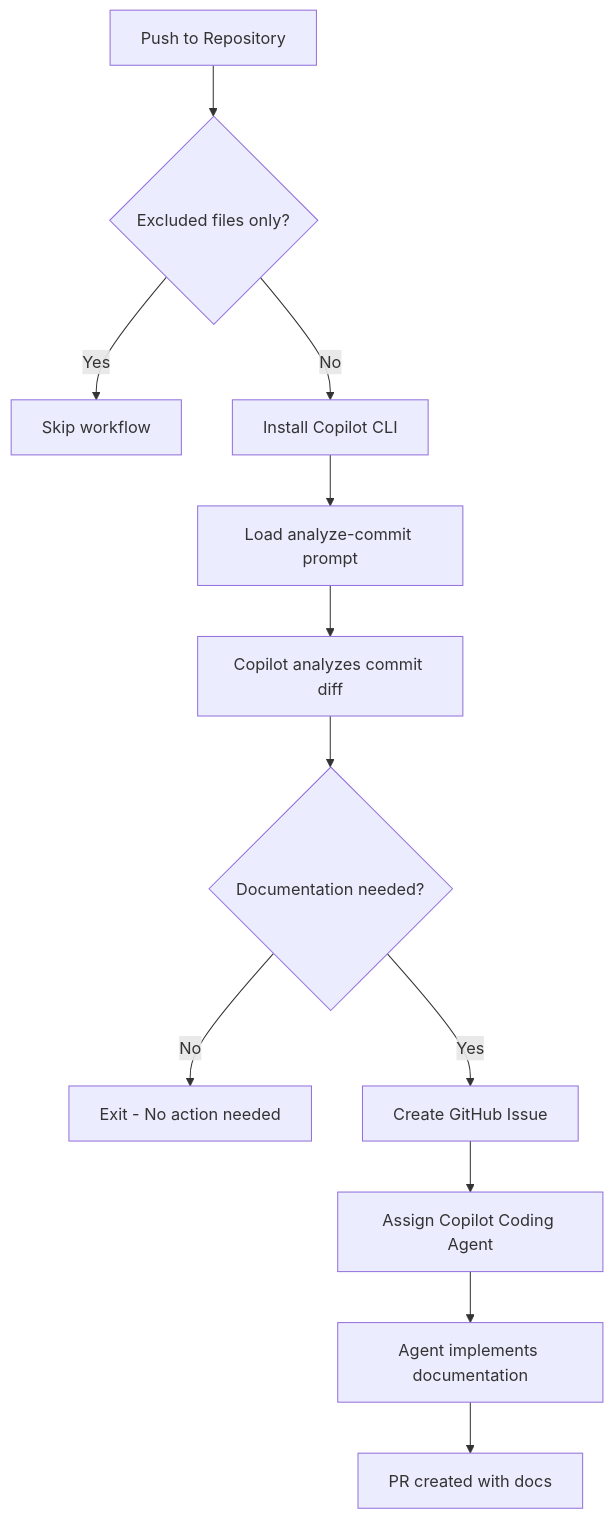
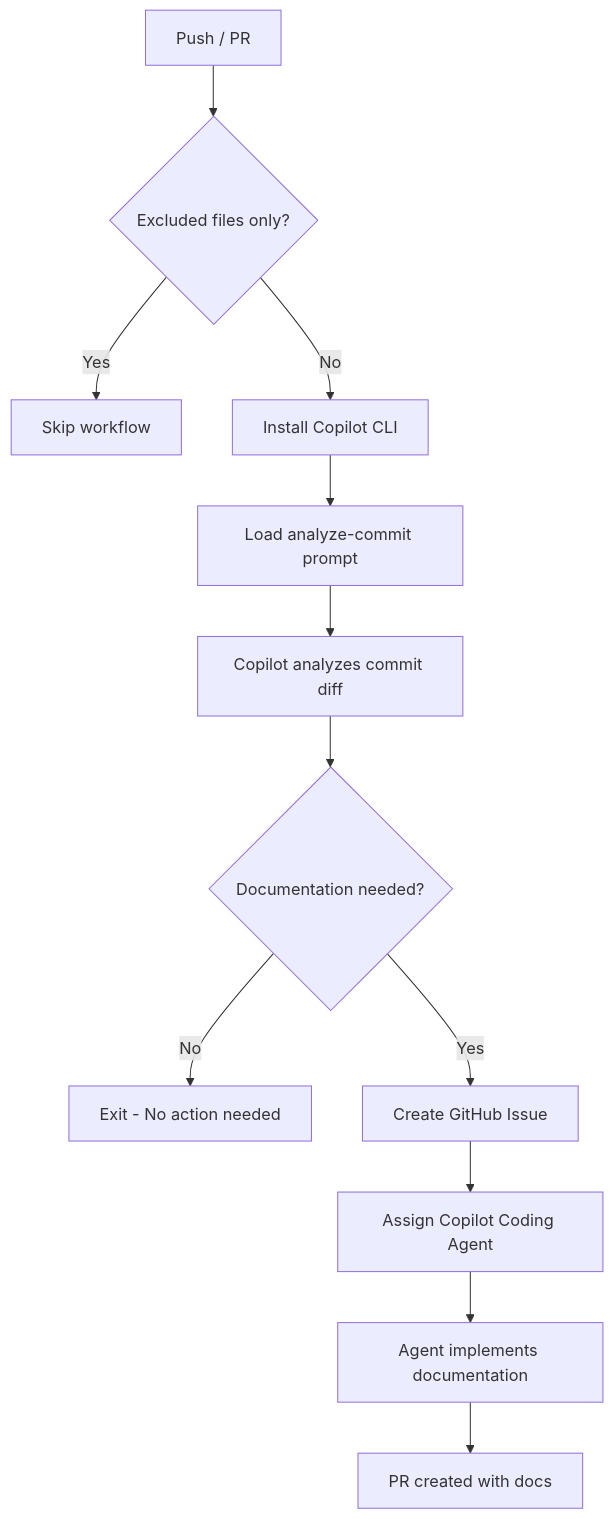
The diagram in docs/workflows/generate-docs.md (sitoader/agentic-recipes), drawn with Mermaid before and after one commit. The commit also changed other lines of this file and 3 other files, not shown here.

````diff
--- a/docs/workflows/generate-docs.md
+++ b/docs/workflows/generate-docs.md
@@ -12,14 +12,14 @@
 ```mermaid
-flowchart TD
-    A[Push to Repository] --> B{Excluded files only?}
-    B -->|Yes| C[Skip workflow]
-    B -->|No| D[Install Copilot CLI]
-    D --> E[Load analyze-commit prompt]
-    E --> F[Copilot analyzes commit diff]
-    F --> G{Documentation needed?}
-    G -->|No| H[Exit - No action needed]
-    G -->|Yes| I[Create GitHub Issue]
-    I --> J[Assign Copilot Coding Agent]
-    J --> K[Agent implements documentation]
-    K --> L[PR created with docs]
+graph TD
+    A["Push / PR"] --> B{"Excluded files only?"}
+    B -->|Yes| C["Skip workflow"]
+    B -->|No| D["Install Copilot CLI"]
+    D --> E["Load analyze-commit prompt"]
+    E --> F["Copilot analyzes commit diff"]
+    F --> G{"Documentation needed?"}
+    G -->|No| H["Exit - No action needed"]
+    G -->|Yes| I["Create GitHub Issue"]
+    I --> J["Assign Copilot Coding Agent"]
+    J --> K["Agent implements documentation"]
+    K --> L["PR created with docs"]
 ```
````
